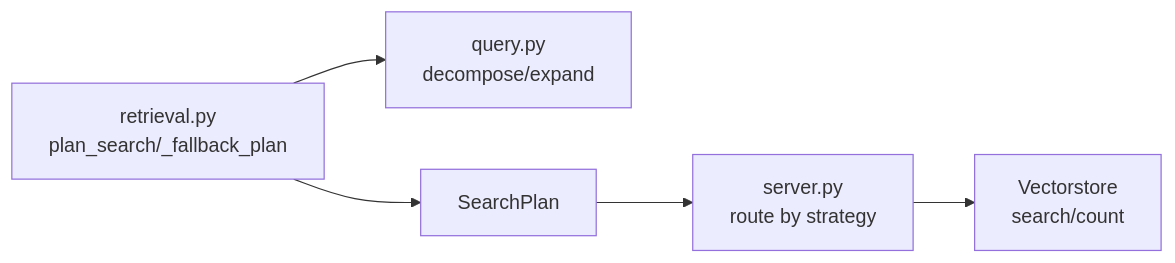
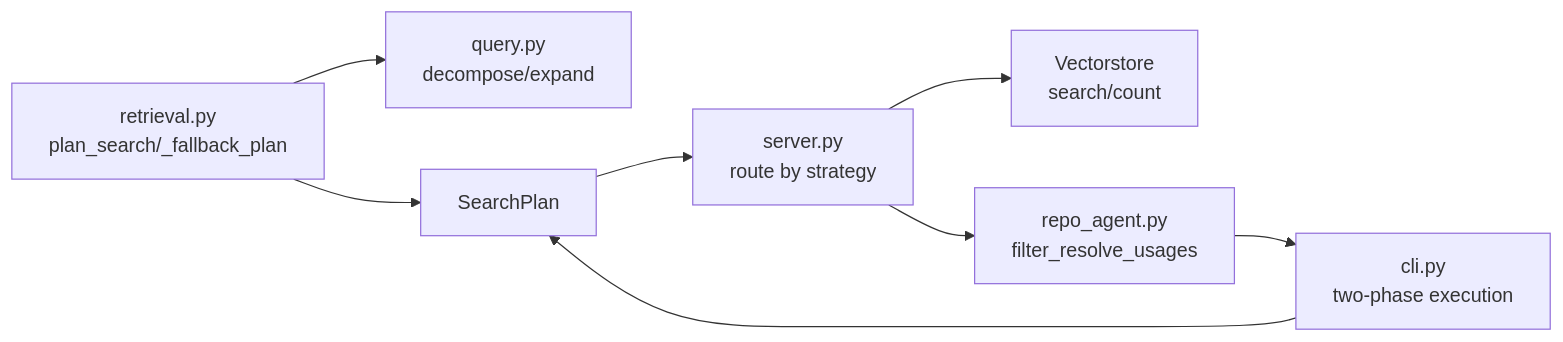
One commit to NcitDev/ragsystem changed the fifth of 5 diagrams in docs/wiki/Search and Retrieval/Query Planning and Strategy Selection.md. Above: the diagram before and after it, drawn with Mermaid. The commit also changed other lines of this file and 27 other files, not shown here.

````diff
--- a/docs/wiki/Search and Retrieval/Query Planning and Strategy Selection.md
+++ b/docs/wiki/Search and Retrieval/Query Planning and Strategy Selection.md
@@ -225,7 +416,10 @@
 ```mermaid
 graph LR
 Agent["retrieval.py<br/>plan_search/_fallback_plan"] --> Q["query.py<br/>decompose/expand"]
 Agent --> Plan["SearchPlan"]
 Plan --> Server["server.py<br/>route by strategy"]
 Server --> VStore["Vectorstore<br/>search/count"]
+Server --> RepoAgent["repo_agent.py<br/>filter_resolve_usages"]
+RepoAgent --> CLI["cli.py<br/>two-phase execution"]
+CLI --> Plan
 ```
````
